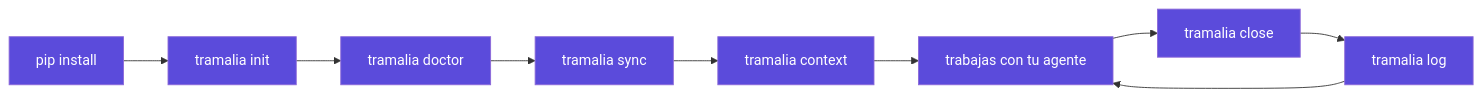
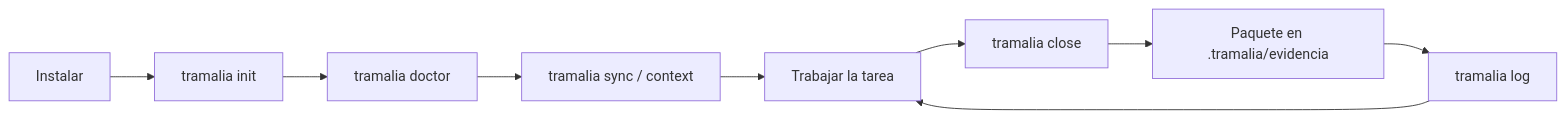
The first of 2 diagrams in docs/flujo-completo.md (MscottB/tramalia), drawn with Mermaid before and after one commit. The commit also changed other lines of this file and 14 other files, not shown here.

````diff
--- a/docs/flujo-completo.md
+++ b/docs/flujo-completo.md
@@ -9,12 +10,11 @@
 ```mermaid
 flowchart LR
-    classDef step fill:#5b4bdb,stroke:#8c68d9,color:#ffffff;
-    A["pip install"]:::step --> B["tramalia init"]:::step
-    B --> C["tramalia doctor"]:::step
-    C --> D["tramalia sync"]:::step
-    D --> E["tramalia context"]:::step
-    E --> F["trabajas con tu agente"]:::step
-    F --> G["tramalia close"]:::step
-    G --> H["tramalia log"]:::step
-    H --> F
+    A["Instalar"] --> B["tramalia init"]
+    B --> C["tramalia doctor"]
+    C --> D["tramalia sync / context"]
+    D --> E["Trabajar la tarea"]
+    E --> F["tramalia close"]
+    F --> G["Paquete en .tramalia/evidencia"]
+    G --> H["tramalia log"]
+    H --> E
 ```
````
